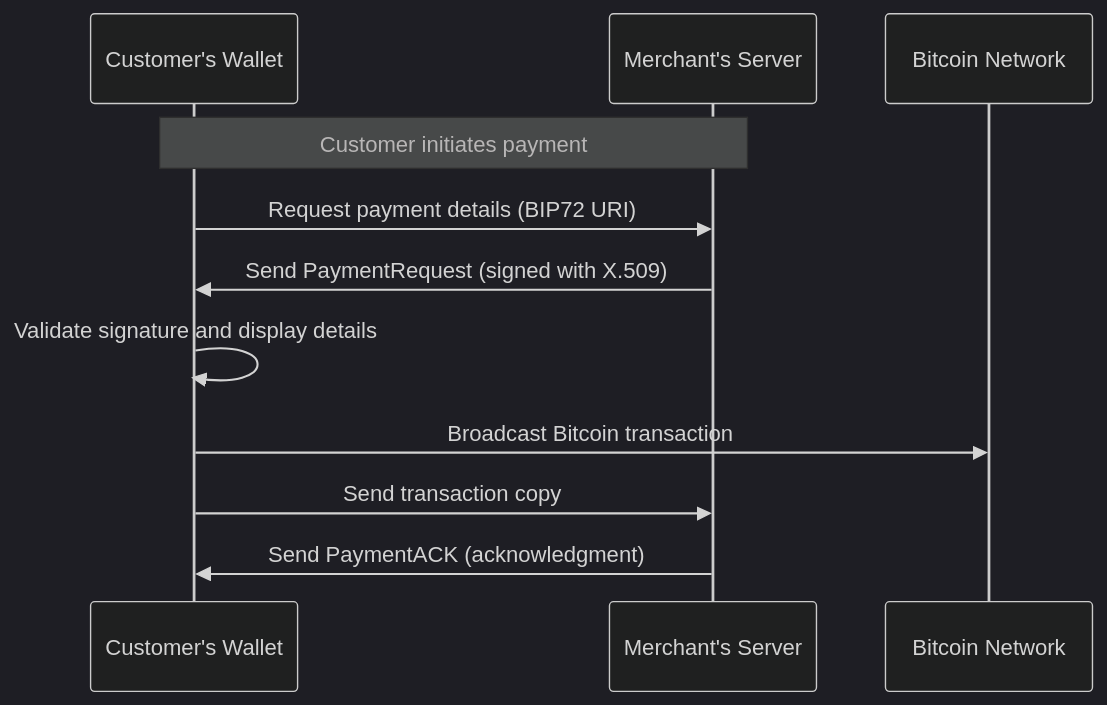
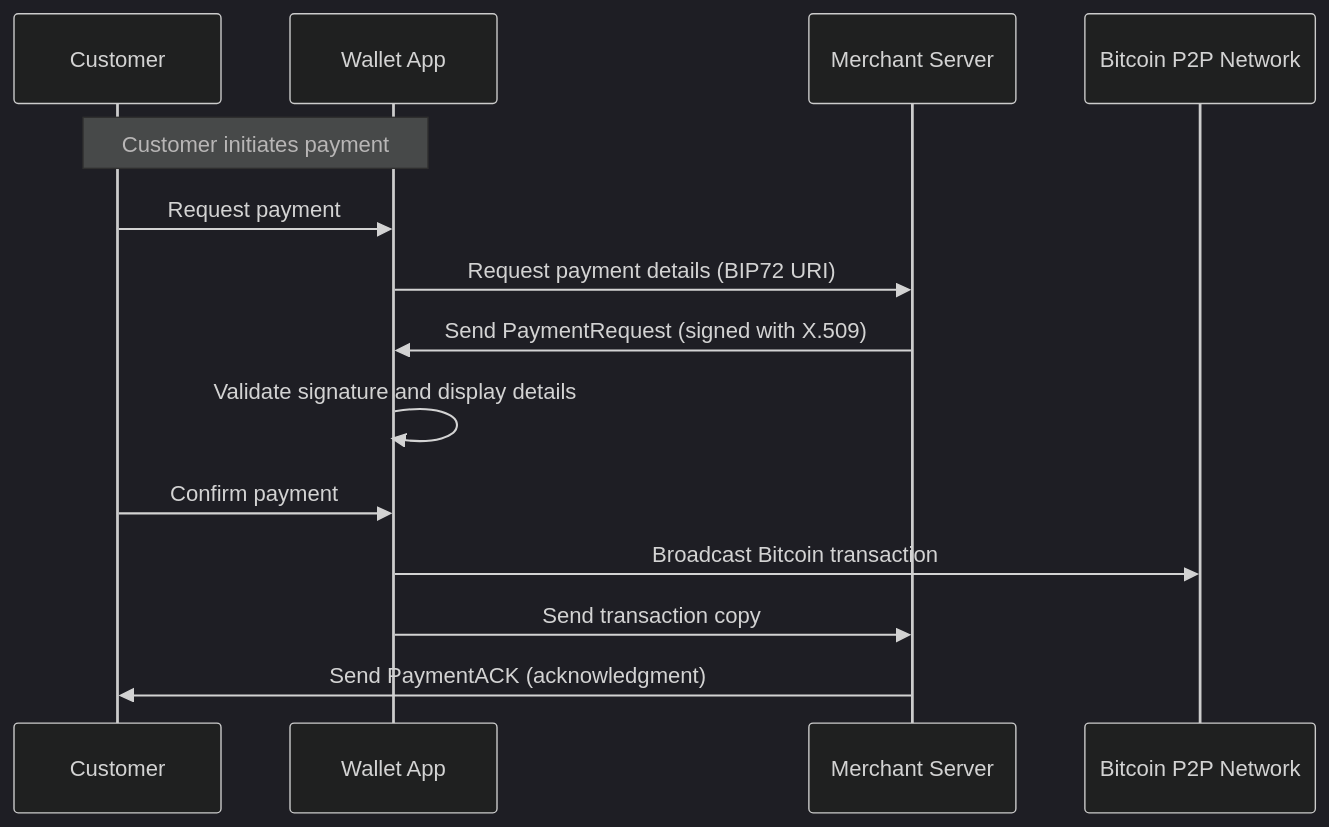
One commit to cqhung1412/bip70-multisign-demo changed the diagram in docs/bip70-mermaid.md. Above: the diagram before and after it, drawn with Mermaid (dark theme).

````diff
--- a/docs/bip70-mermaid.md
+++ b/docs/bip70-mermaid.md
@@ -1,14 +1,17 @@
 ```mermaid
 sequenceDiagram
-    participant Customer as Customer's Wallet
-    participant Merchant as Merchant's Server
-    participant Network as Bitcoin Network
+    participant Customer as Customer
+    participant Wallet as Wallet App
+    participant Merchant as Merchant Server
+    participant Network as Bitcoin P2P Network
 
-    Note over Customer,Merchant: Customer initiates payment
-    Customer->>Merchant: Request payment details (BIP72 URI)
-    Merchant->>Customer: Send PaymentRequest (signed with X.509)
-    Customer->>Customer: Validate signature and display details
-    Customer->>Network: Broadcast Bitcoin transaction
-    Customer->>Merchant: Send transaction copy
+    Note over Customer,Wallet: Customer initiates payment
+    Customer->>Wallet: Request payment
+    Wallet->>Merchant: Request payment details (BIP72 URI)
+    Merchant->>Wallet: Send PaymentRequest (signed with X.509)
+    Wallet->>Wallet: Validate signature and display details
+    Customer->>Wallet: Confirm payment
+    Wallet->>Network: Broadcast Bitcoin transaction
+    Wallet->>Merchant: Send transaction copy
     Merchant->>Customer: Send PaymentACK (acknowledgment)
 ```
````
